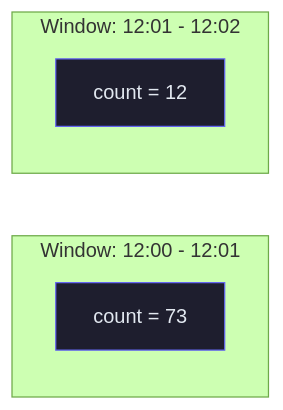
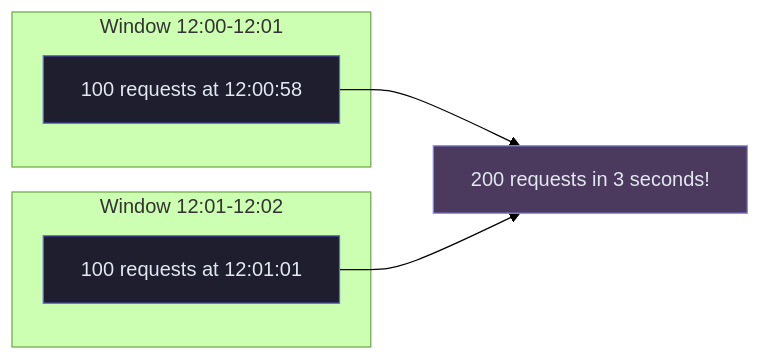
The fourth of 15 diagrams in content/hld/RateLimiter.md (iluzn/HLD-Designs), drawn with Mermaid (forest theme) before and after one commit. The commit also changed other lines of this file, not shown here.

````diff
--- a/content/hld/RateLimiter.md
+++ b/content/hld/RateLimiter.md
@@ -148,11 +174,16 @@
 ```mermaid
 flowchart LR
-    subgraph Window1["Window: 12:00 - 12:01"]
-        C1["count = 73"]
+    subgraph W1["Window 12:00-12:01"]
+        A["100 requests at 12:00:58"]
     end
-    subgraph Window2["Window: 12:01 - 12:02"]
-        C2["count = 12"]
+    subgraph W2["Window 12:01-12:02"]
+        B["100 requests at 12:01:01"]
     end
+    RESULT["200 requests in 3 seconds!"]:::client
+
+    A --> RESULT
+    B --> RESULT
 
     classDef default fill:#1e1e2e,stroke:#6366f1,color:#e2e8f0
+    classDef client fill:#4c3a5e,stroke:#818cf8,color:#e2e8f0
 ```
````
